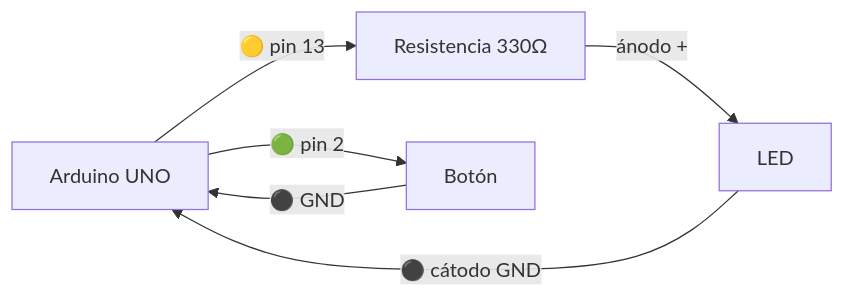
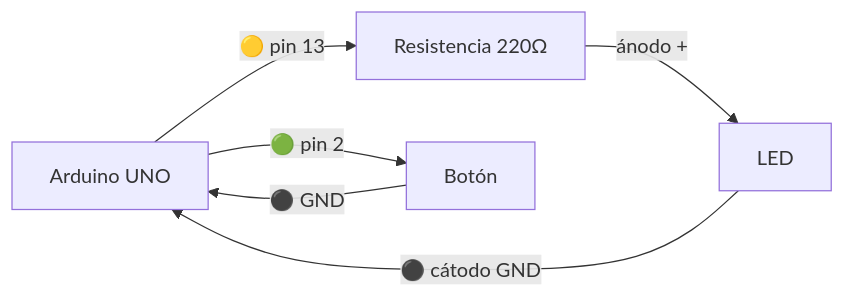
The diagram in opencode/skills/diagramas-conexion/SKILL.md (programadores-obreros/Agente-editor-inet), drawn with Mermaid before and after one commit. The commit also changed other lines of this file and 10 other files, not shown here.

````diff
--- a/opencode/skills/diagramas-conexion/SKILL.md
+++ b/opencode/skills/diagramas-conexion/SKILL.md
@@ -78,13 +78,13 @@
 ```mermaid
 flowchart LR
     ARD[Arduino UNO]
     LED[LED]
-    R[Resistencia 330Ω]
+    R[Resistencia 220Ω]
     BTN[Botón]
 
     ARD -->|🟡 pin 13| R
     R -->|ánodo +| LED
     LED -->|⚫ cátodo GND| ARD
     ARD -->|🟢 pin 2| BTN
     BTN -->|⚫ GND| ARD
 ```
````
